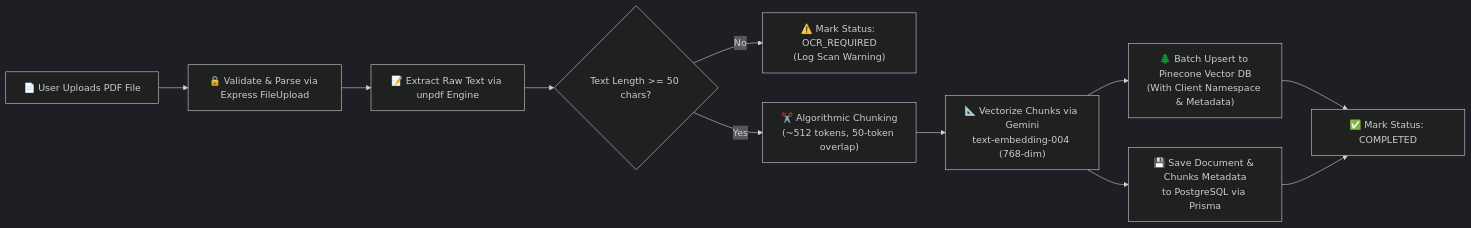
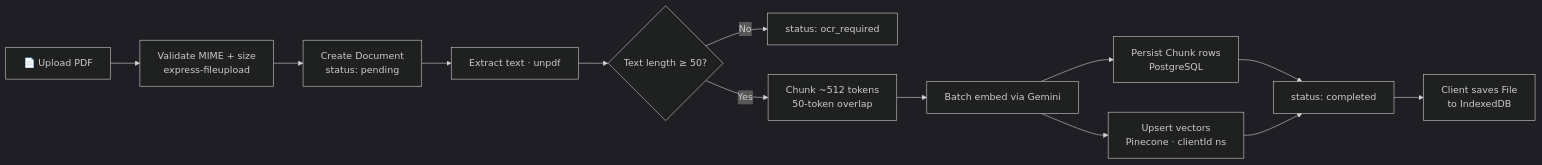
Before and after one commit to harsh18082001/ai-pdf-intelligence: the third of 9 diagrams in README.md, drawn with Mermaid (dark theme). The commit also changed other lines of this file and 1 other file, not shown here.

````diff
--- a/README.md
+++ b/README.md
@@ -109,12 +165,15 @@
 ```mermaid
 flowchart LR
-    A["📄 User Uploads PDF File"] --> B["🔒 Validate & Parse via Express FileUpload"]
-    B --> C["📝 Extract Raw Text via unpdf Engine"]
-    C --> D{"Text Length >= 50 chars?"}
-    D -- No --> E["⚠️ Mark Status: OCR_REQUIRED\n(Log Scan Warning)"]
-    D -- Yes --> F["✂️ Algorithmic Chunking\n(~512 tokens, 50-token overlap)"]
-    F --> G["📐 Vectorize Chunks via Gemini\ntext-embedding-004 (768-dim)"]
-    G --> H["🌲 Batch Upsert to Pinecone Vector DB\n(With Client Namespace & Metadata)"]
-    G --> I["💾 Save Document & Chunks Metadata\nto PostgreSQL via Prisma"]
-    H & I --> J["✅ Mark Status: COMPLETED"]
+    A["📄 Upload PDF"] --> B["Validate MIME + size<br/>express-fileupload"]
+    B --> C["Create Document<br/>status: pending"]
+    C --> D["Extract text · unpdf"]
+    D --> E{"Text length ≥ 50?"}
+    E -- No --> F["status: ocr_required"]
+    E -- Yes --> G["Chunk ~512 tokens<br/>50-token overlap"]
+    G --> H["Batch embed via Gemini"]
+    H --> I["Persist Chunk rows<br/>PostgreSQL"]
+    H --> J["Upsert vectors<br/>Pinecone · clientId ns"]
+    I --> K["status: completed"]
+    J --> K
+    K --> L["Client saves File<br/>to IndexedDB"]
 ```
````
